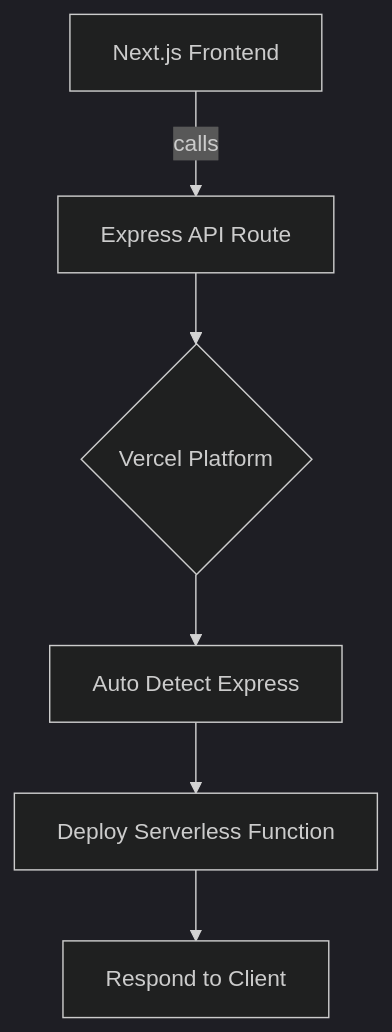
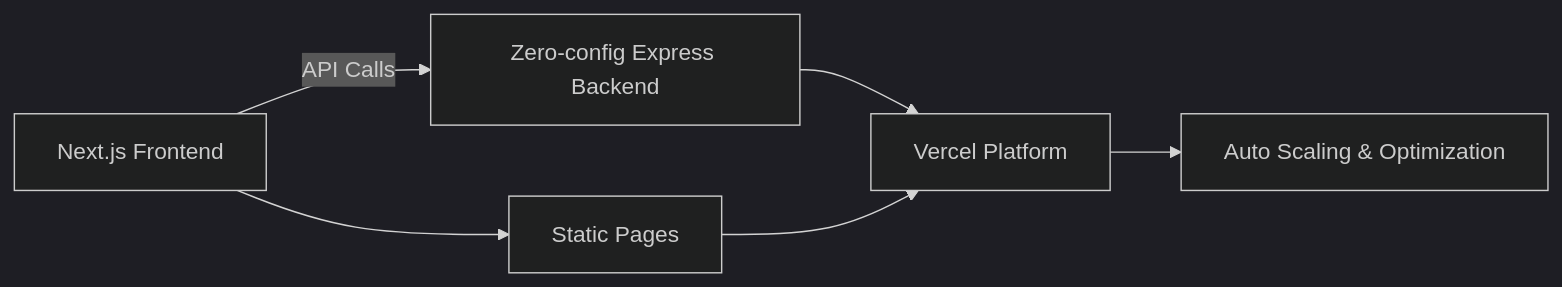
One commit to zeeshanjunaid/zeeshanjunaid.dev changed the diagram in content/blog/2025-09-06-zero-configuration-express-backends-89d739.mdx. Above: the diagram before and after it, drawn with Mermaid (dark theme). The commit also changed other lines of this file, not shown here.

````diff
--- a/content/blog/2025-09-06-zero-configuration-express-backends-89d739.mdx
+++ b/content/blog/2025-09-06-zero-configuration-express-backends-89d739.mdx
@@ -125,8 +101,8 @@
 ```mermaid
-flowchart TD
-  A[Next.js Frontend] -->|calls| B[Express API Route]
-  B --> C{Vercel Platform}
-  C --> D[Auto Detect Express]
-  D --> E[Deploy Serverless Function]
-  E --> F[Respond to Client]
+flowchart LR
+  A[Next.js Frontend] -->|API Calls| B[Zero-config Express Backend]
+  B --> C[Vercel Platform]
+  C --> D[Auto Scaling & Optimization]
+  A --> E[Static Pages]
+  E --> C
 ```
````
